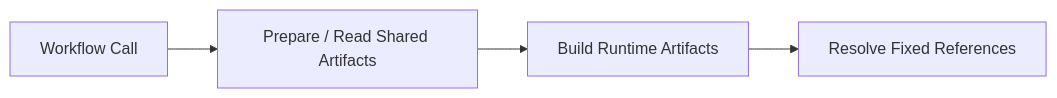
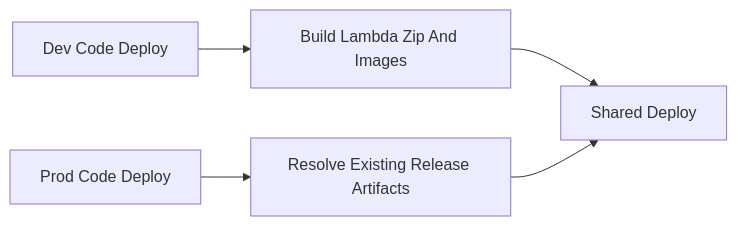
Before and after one commit to chrispsheehan/aws-terragrunt-starter: the diagram in .github/docs/reusable-workflows.md, drawn with Mermaid. The commit also changed other lines of this file and 12 other files, not shown here.

````diff
--- a/.github/docs/reusable-workflows.md
+++ b/.github/docs/reusable-workflows.md
@@ -50,6 +61,7 @@
 ```mermaid
 flowchart LR
-  call["Workflow Call"] --> prep["Prepare / Read Shared Artifacts"]
-  prep --> build["Build Runtime Artifacts"]
-  build --> resolve["Resolve Fixed References"]
+  dev["Dev Code Deploy"] --> build["Build Lambda Zip And Images"]
+  prod["Prod Code Deploy"] --> resolve["Resolve Existing Release Artifacts"]
+  build --> deploy["Shared Deploy"]
+  resolve --> deploy
 ```
````
